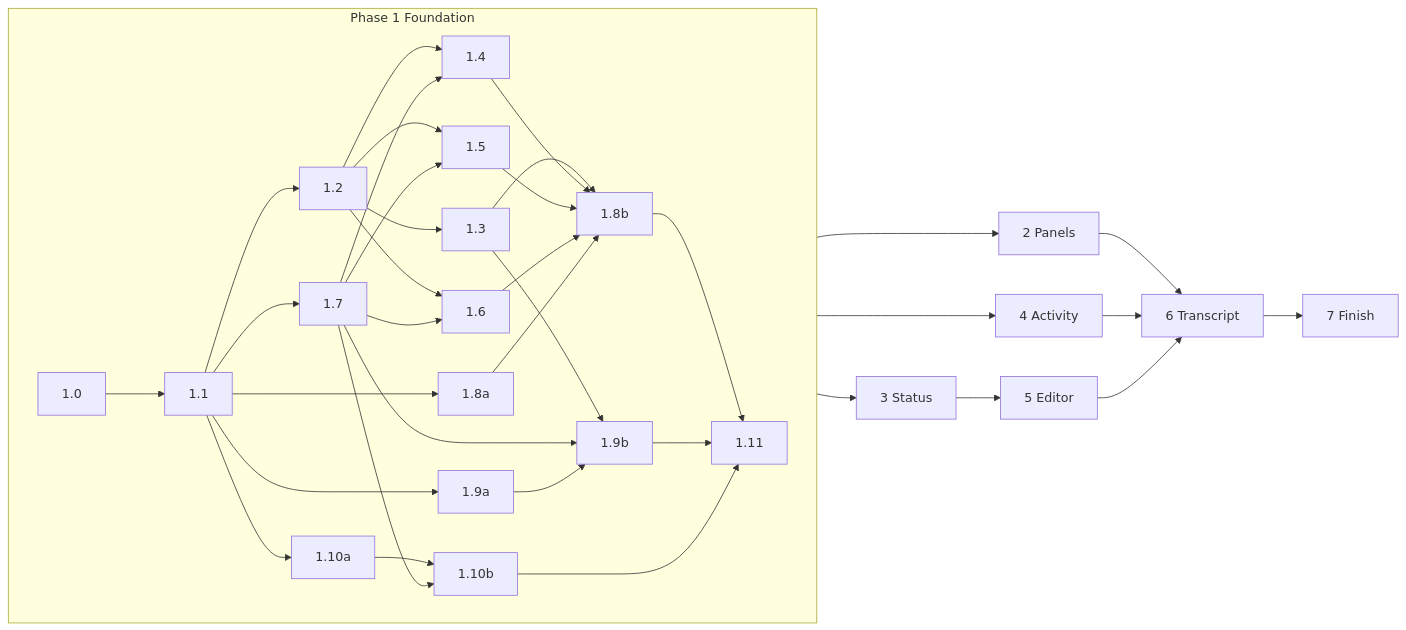
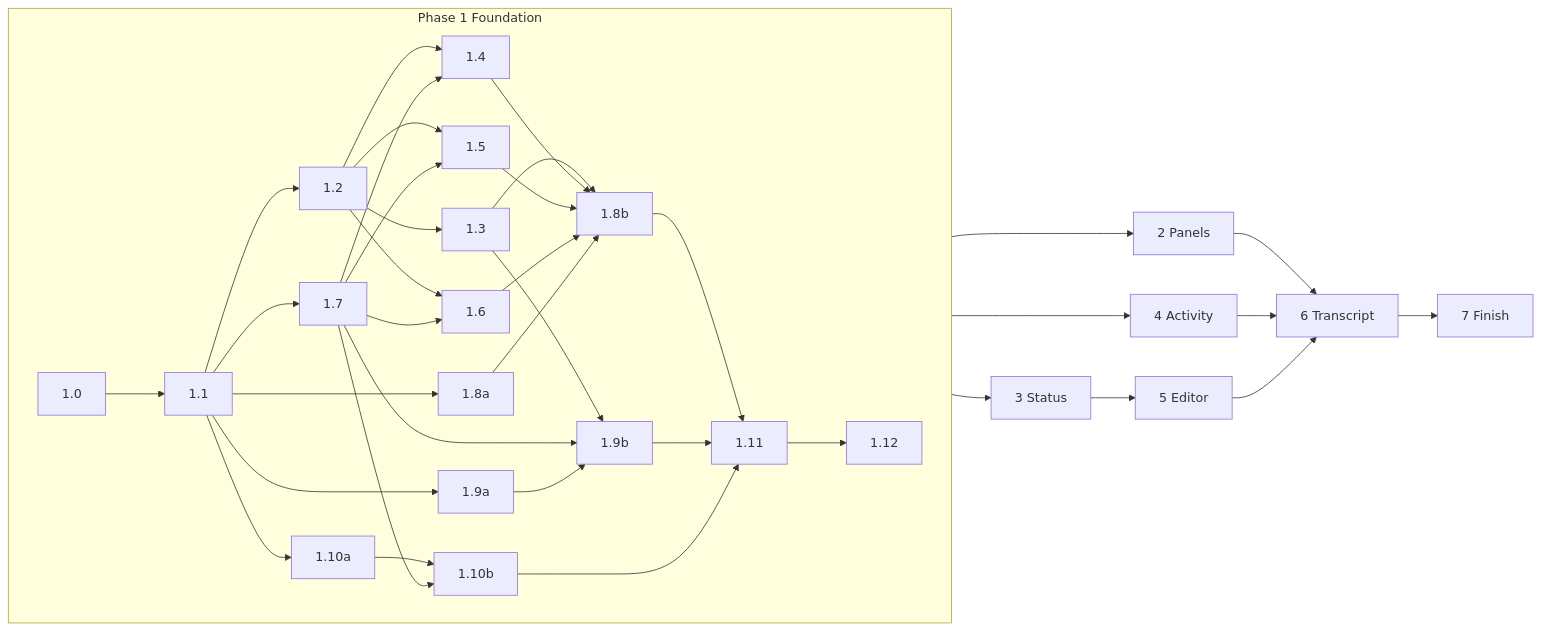
The diagram in docs/design/implementation-roadmap.md (Ephemeral-AI-Lab/mayfly), drawn with Mermaid before and after one commit. The commit also changed other lines of this file and 13 other files, not shown here.

````diff
--- a/docs/design/implementation-roadmap.md
+++ b/docs/design/implementation-roadmap.md
@@ -456,17 +456,18 @@
 ```mermaid
 flowchart LR
   subgraph F[Phase 1 Foundation]
     direction LR
     s0[1.0] --> s1[1.1]
     s1 --> s2[1.2] & s7[1.7] & s10a[1.10a] & s9a[1.9a] & s8a[1.8a]
     s2 --> s3[1.3]
     s2 & s7 --> s4[1.4] & s5[1.5] & s6[1.6]
     s10a & s7 --> s10b[1.10b]
     s3 & s7 & s9a --> s9b[1.9b]
     s3 & s4 & s5 & s6 & s8a --> s8b[1.8b]
     s8b & s9b & s10b --> s11[1.11]
+    s11 --> s12[1.12]
   end
   F --> n2[2 Panels] & n3[3 Status] & n4[4 Activity]
   n3 --> n5[5 Editor]
   n2 & n4 & n5 --> n6[6 Transcript] --> n7[7 Finish]
 ```
````
